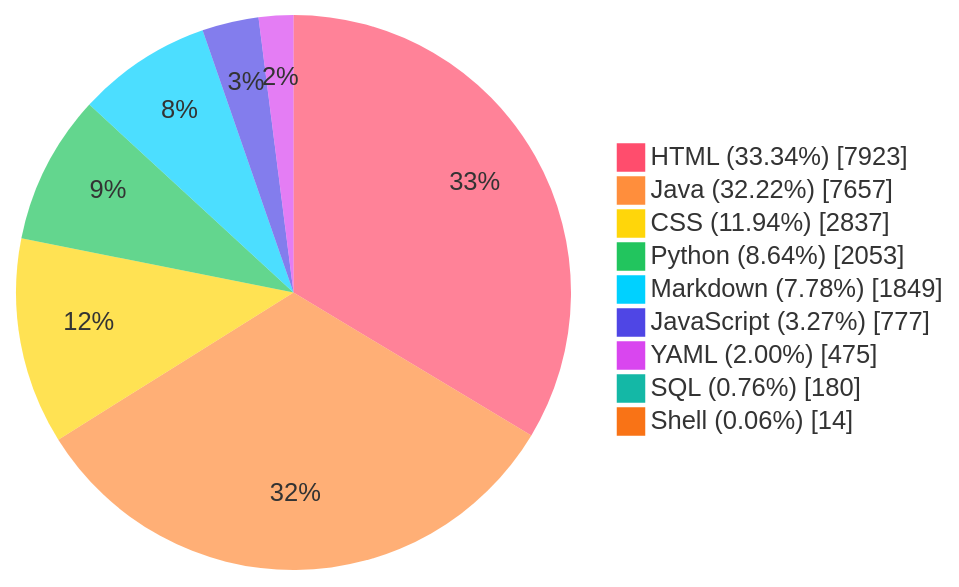
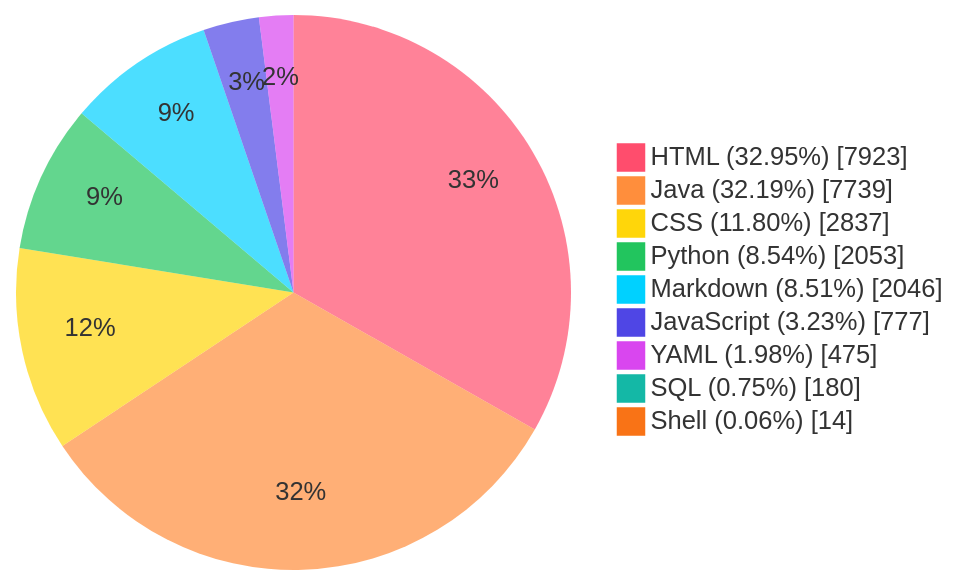
One commit to TheBadRoger/BUCT-Teaching-Aids changed the diagram in README.md. Above: the diagram before and after it, drawn with Mermaid. The commit also changed other lines of this file and 2 other files, not shown here.

Commit message:
chore(stats): auto update README metrics

````diff
--- a/README.md
+++ b/README.md
@@ -40,28 +40,28 @@
 ```mermaid
 %%{init: {'theme':'base','themeVariables': {
   'fontFamily': 'Fira Code, JetBrains Mono, Source Code Pro, Cascadia Code, Menlo, Consolas, monospace',
   'pieStrokeColor': 'transparent',
   'pieStrokeWidth': '0px',
   'pieOuterStrokeWidth': '0px',
   'pie1': '#FF4D6D',
   'pie2': '#FF8E3C',
   'pie3': '#FFD60A',
   'pie4': '#22C55E',
   'pie5': '#00D1FF',
   'pie6': '#4F46E5',
   'pie7': '#D946EF',
   'pie8': '#14B8A6',
   'pie9': '#F97316',
   'pie10': '#A855F7'
 }}}%%
 pie showData
-    "HTML (33.34%)" : 7923
-    "Java (32.22%)" : 7657
-    "CSS (11.94%)" : 2837
-    "Python (8.64%)" : 2053
-    "Markdown (7.78%)" : 1849
-    "JavaScript (3.27%)" : 777
-    "YAML (2.00%)" : 475
-    "SQL (0.76%)" : 180
+    "HTML (32.95%)" : 7923
+    "Java (32.19%)" : 7739
+    "CSS (11.80%)" : 2837
+    "Python (8.54%)" : 2053
+    "Markdown (8.51%)" : 2046
+    "JavaScript (3.23%)" : 777
+    "YAML (1.98%)" : 475
+    "SQL (0.75%)" : 180
     "Shell (0.06%)" : 14
 ```
````
